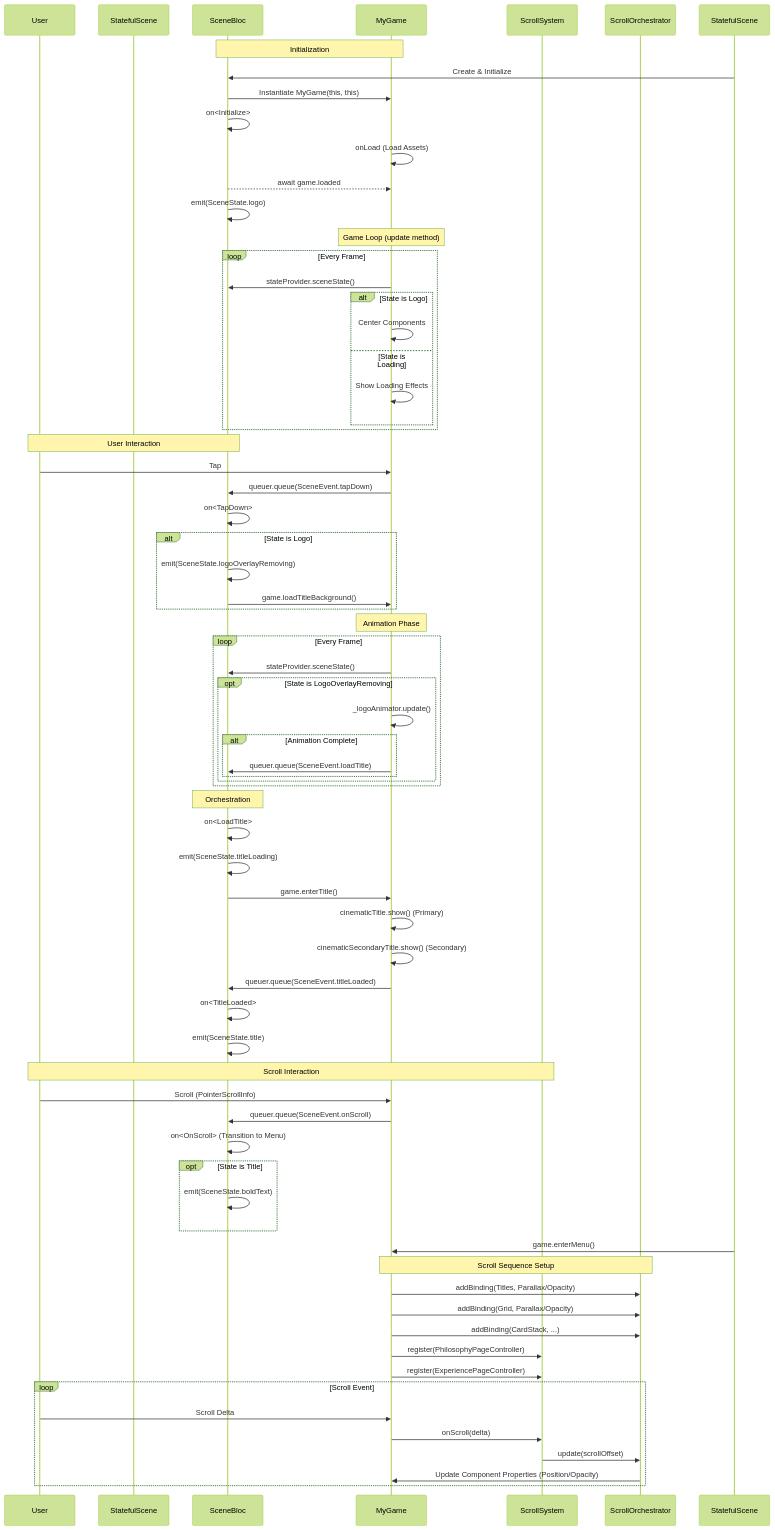
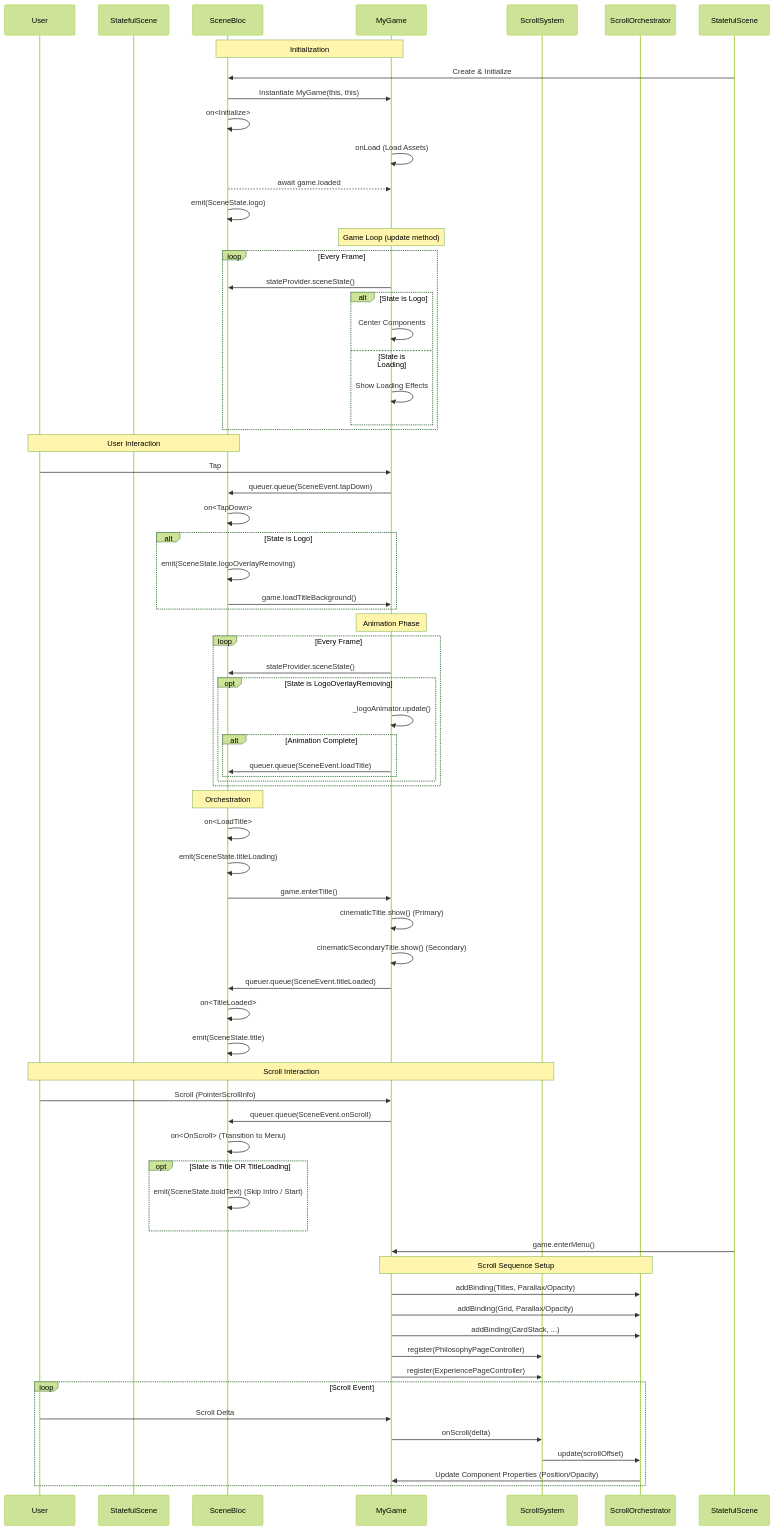
One commit to vraj0703/flutter_home_page changed the first of 2 diagrams in documentations/flow_chart.md. Above: the diagram before and after it, drawn with Mermaid (forest theme). The commit also changed 4 other files, not shown here.

```diff
--- a/documentations/flow_chart.md
+++ b/documentations/flow_chart.md
@@ -62,8 +62,8 @@
     User->>Game: Scroll (PointerScrollInfo)
     Game->>Bloc: queuer.queue(SceneEvent.onScroll)
     Bloc->>Bloc: on<OnScroll> (Transition to Menu)
-    opt State is Title
-        Bloc->>Bloc: emit(SceneState.boldText)
+    opt State is Title OR TitleLoading
+        Bloc->>Bloc: emit(SceneState.boldText) (Skip Intro / Start)
     end
     StatefulScene->>Game: game.enterMenu()
     
```
